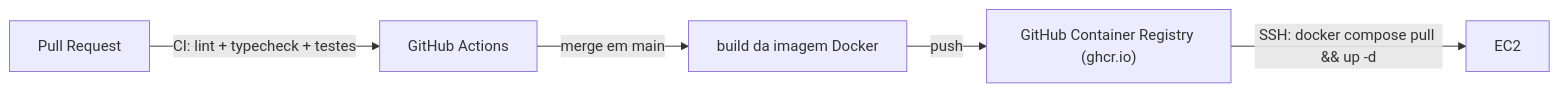
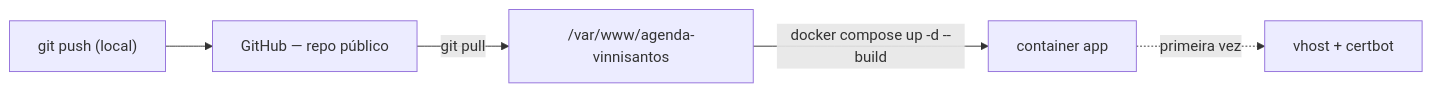
One commit to vinnisntos/app-vinnicius changed the second of 2 diagrams in docs/07-infraestrutura-deploy.md. Above: the diagram before and after it, drawn with Mermaid. The commit also changed other lines of this file and 8 other files, not shown here.

````diff
--- a/docs/07-infraestrutura-deploy.md
+++ b/docs/07-infraestrutura-deploy.md
@@ -48,7 +54,7 @@
 ```mermaid
 flowchart LR
-    PR["Pull Request"] -->|"CI: lint + typecheck + testes"| CI["GitHub Actions"]
-    CI -->|merge em main| Build["build da imagem Docker"]
-    Build -->|"push"| Registry["GitHub Container Registry (ghcr.io)"]
-    Registry -->|"SSH: docker compose pull && up -d"| EC2
+    Dev["git push (local)"] --> GH["GitHub — repo público"]
+    GH -->|"git pull"| EC2["/var/www/agenda-vinnisantos"]
+    EC2 -->|"docker compose up -d --build"| App["container app"]
+    App -.->|"primeira vez"| Nginx["vhost + certbot"]
 ```
````
